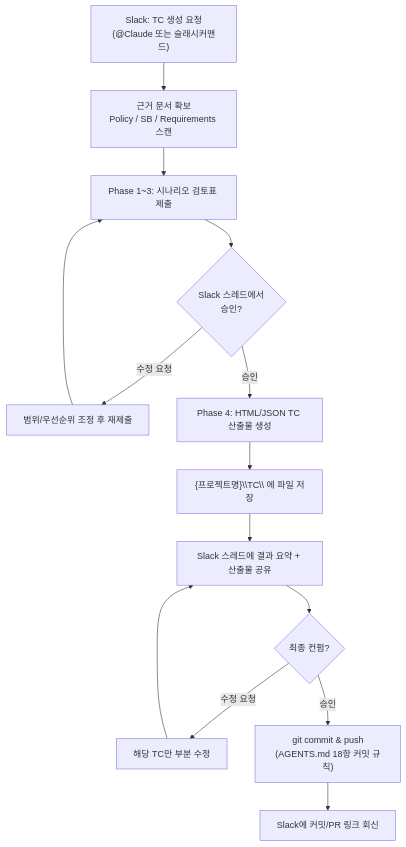
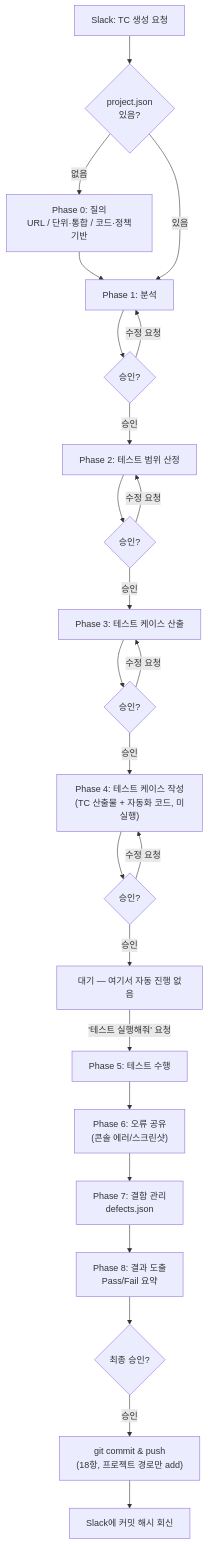
Before and after one commit to 13ongdal-create/tc-automation: the diagram in _reference/PIPELINE.md, drawn with Mermaid. The commit also changed other lines of this file and 6 other files, not shown here.

First line of the commit message:
feat: Phase 게이트/테스트실행 분리 문서화 + 시스템 개요 문서 + 데모사이트 TC 산출물 커밋

````diff
--- a/_reference/PIPELINE.md
+++ b/_reference/PIPELINE.md
@@ -19,16 +45,26 @@
 ```mermaid
 flowchart TD
-    A["Slack: TC 생성 요청\n(@Claude 또는 슬래시커맨드)"] --> B["근거 문서 확보\nPolicy / SB / Requirements 스캔"]
-    B --> C["Phase 1~3: 시나리오 검토표 제출"]
-    C --> D{"Slack 스레드에서\n승인?"}
-    D -- "수정 요청" --> E["범위/우선순위 조정 후 재제출"]
-    E --> C
-    D -- "승인" --> F["Phase 4: HTML/JSON TC 산출물 생성"]
-    F --> G["{프로젝트명}\\TC\\ 에 파일 저장"]
-    G --> H["Slack 스레드에 결과 요약 + 산출물 공유"]
-    H --> I{"최종 컨펌?"}
-    I -- "수정 요청" --> J["해당 TC만 부분 수정"]
-    J --> H
-    I -- "승인" --> K["git commit & push\n(AGENTS.md 18항 커밋 규칙)"]
-    K --> L["Slack에 커밋/PR 링크 회신"]
+    A["Slack: TC 생성 요청"] --> P0{"project.json\n있음?"}
+    P0 -- "없음" --> Q["Phase 0: 질의\nURL / 단위·통합 / 코드·정책기반"]
+    Q --> P1
+    P0 -- "있음" --> P1["Phase 1: 분석"]
+    P1 --> G1{"승인?"}
+    G1 -- "수정 요청" --> P1
+    G1 -- "승인" --> P2["Phase 2: 테스트 범위 산정"]
+    P2 --> G2{"승인?"}
+    G2 -- "수정 요청" --> P2
+    G2 -- "승인" --> P3["Phase 3: 테스트 케이스 산출"]
+    P3 --> G3{"승인?"}
+    G3 -- "수정 요청" --> P3
+    G3 -- "승인" --> P4["Phase 4: 테스트 케이스 작성\n(TC 산출물 + 자동화 코드, 미실행)"]
+    P4 --> G4{"승인?"}
+    G4 -- "수정 요청" --> P4
+    G4 -- "승인" --> WAIT["대기 — 여기서 자동 진행 없음"]
+    WAIT -- "'테스트 실행해줘' 요청" --> P5["Phase 5: 테스트 수행"]
+    P5 --> P6["Phase 6: 오류 공유\n(콘솔 에러/스크린샷)"]
+    P6 --> P7["Phase 7: 결함 관리\ndefects.json"]
+    P7 --> P8["Phase 8: 결과 도출\nPass/Fail 요약"]
+    P8 --> G5{"최종 승인?"}
+    G5 -- "승인" --> K["git commit & push\n(18항, 프로젝트 경로만 add)"]
+    K --> L["Slack에 커밋 해시 회신"]
 ```
````
